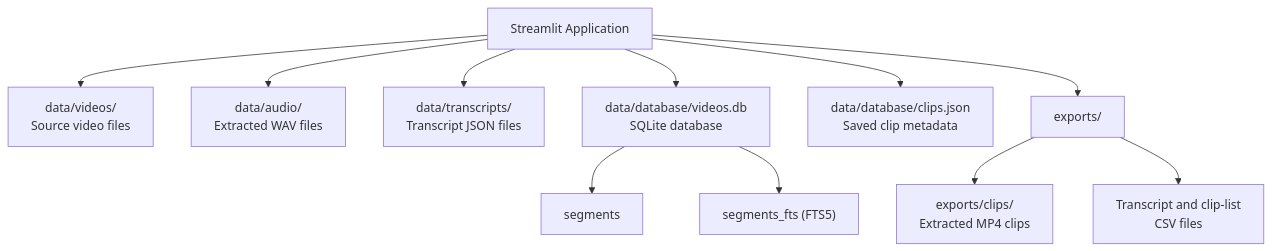
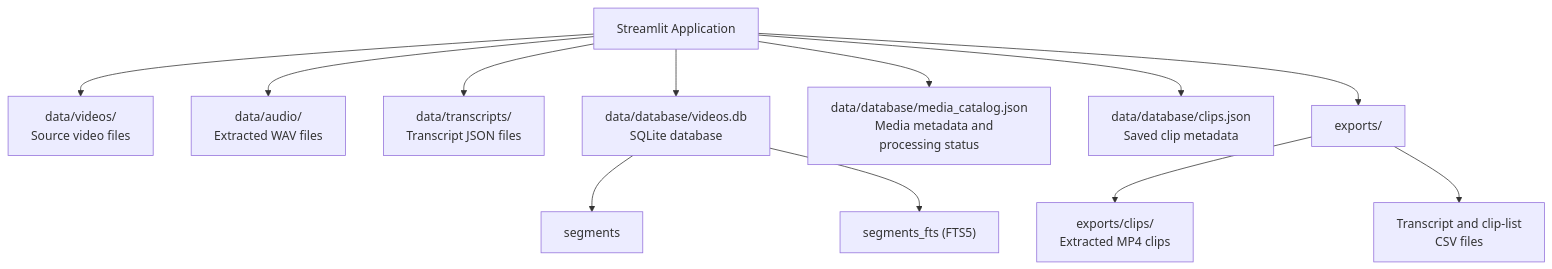
One commit to Momen-Abd32/Development-of-an-Arabic-Transcript-Based-Video-Indexing-and-Clip-Search-System changed the second of 2 diagrams in README.md. Above: the diagram before and after it, drawn with Mermaid. The commit also changed other lines of this file, not shown here.

Commit message:
docs: describe media catalog and archive-wide search

````diff
--- a/README.md
+++ b/README.md
@@ -229,27 +232,29 @@
 ```mermaid
 flowchart TB
     APP["Streamlit Application"]
 
     APP --> VIDEO["data/videos/
     Source video files"]
 
     APP --> AUDIO["data/audio/
     Extracted WAV files"]
 
     APP --> TRANS["data/transcripts/
     Transcript JSON files"]
 
     APP --> DB["data/database/videos.db
     SQLite database"]
     DB --> SEG["segments"]
     DB --> FTS["segments_fts (FTS5)"]
 
+    APP --> CATALOG["data/database/media_catalog.json
+    Media metadata and processing status"]
     APP --> META["data/database/clips.json
     Saved clip metadata"]
 
     APP --> EXPORT["exports/"]
     EXPORT --> CLIPS["exports/clips/
     Extracted MP4 clips"]
     EXPORT --> CSV["Transcript and clip-list
     CSV files"]
 ```
````
